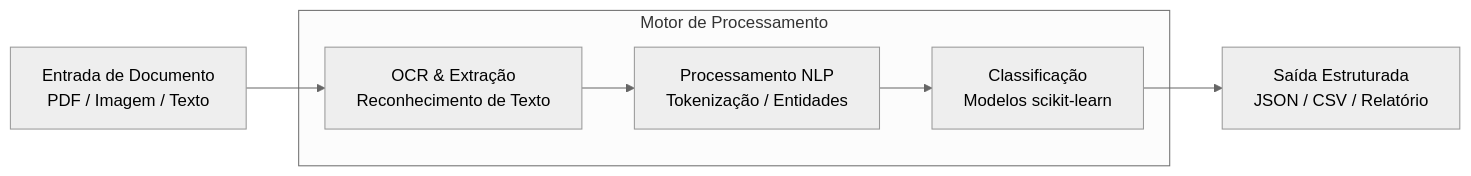
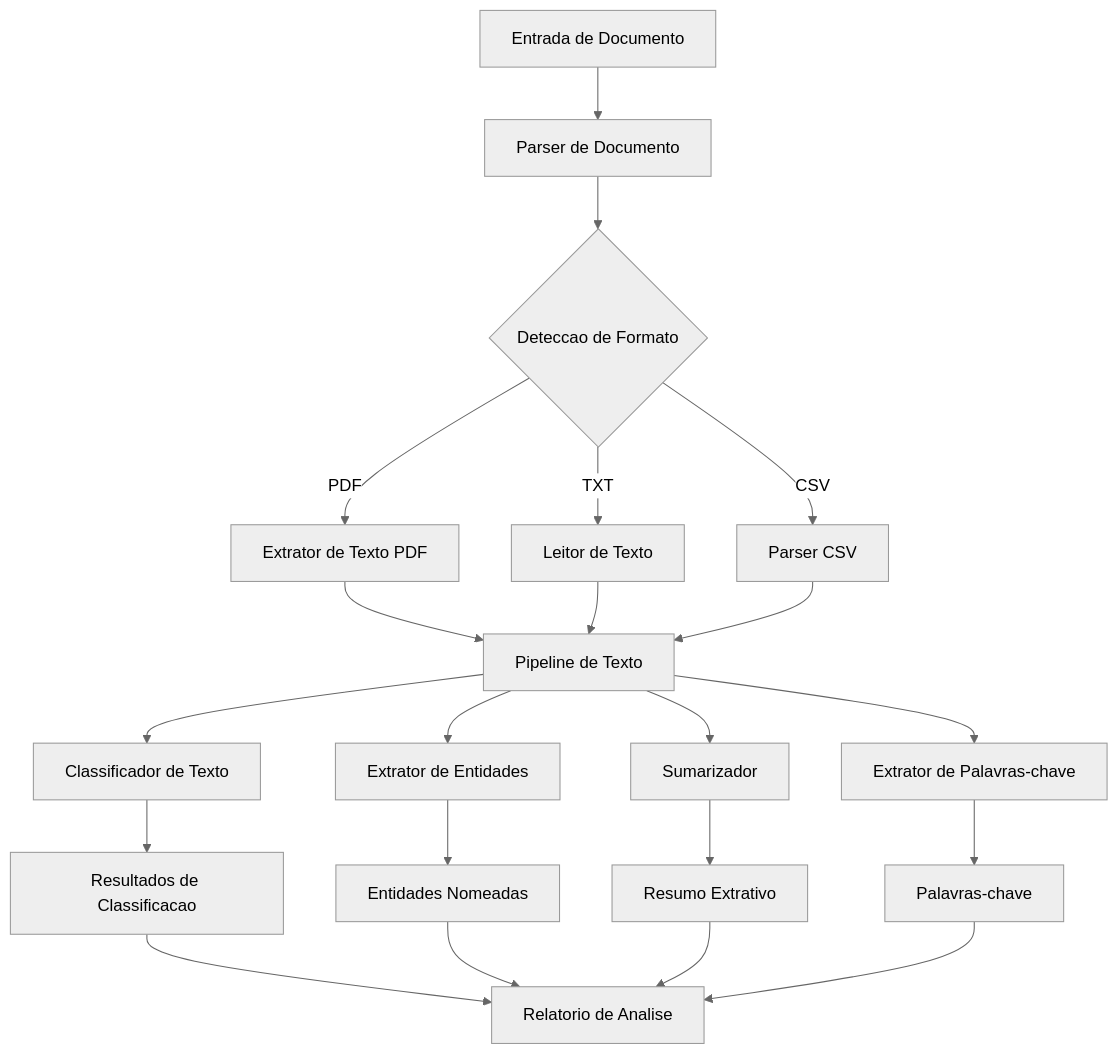
Before and after one commit to galafis/Document-Intelligence-System: the third of 3 diagrams in README.md, drawn with Mermaid (neutral theme). The commit also changed other lines of this file and 9 other files, not shown here.

````diff
--- a/README.md
+++ b/README.md
@@ -178,13 +168,23 @@
 ```mermaid
-flowchart LR
-    A[Entrada de Documento\nPDF / Imagem / Texto] --> B[OCR & Extração\nReconhecimento de Texto]
-    B --> C[Processamento NLP\nTokenização / Entidades]
-    C --> D[Classificação\nModelos scikit-learn]
-    D --> E[Saída Estruturada\nJSON / CSV / Relatório]
-
-    subgraph Motor de Processamento
-        B
-        C
-        D
-    end
+graph TD
+    A[Entrada de Documento] --> B[Parser de Documento]
+    B --> C{Deteccao de Formato}
+    C -->|PDF| D[Extrator de Texto PDF]
+    C -->|TXT| E[Leitor de Texto]
+    C -->|CSV| F[Parser CSV]
+    D --> G[Pipeline de Texto]
+    E --> G
+    F --> G
+    G --> H[Classificador de Texto]
+    G --> I[Extrator de Entidades]
+    G --> J[Sumarizador]
+    G --> K[Extrator de Palavras-chave]
+    H --> L[Resultados de Classificacao]
+    I --> M[Entidades Nomeadas]
+    J --> N[Resumo Extrativo]
+    K --> O[Palavras-chave]
+    L --> P[Relatorio de Analise]
+    M --> P
+    N --> P
+    O --> P
 ```
````
